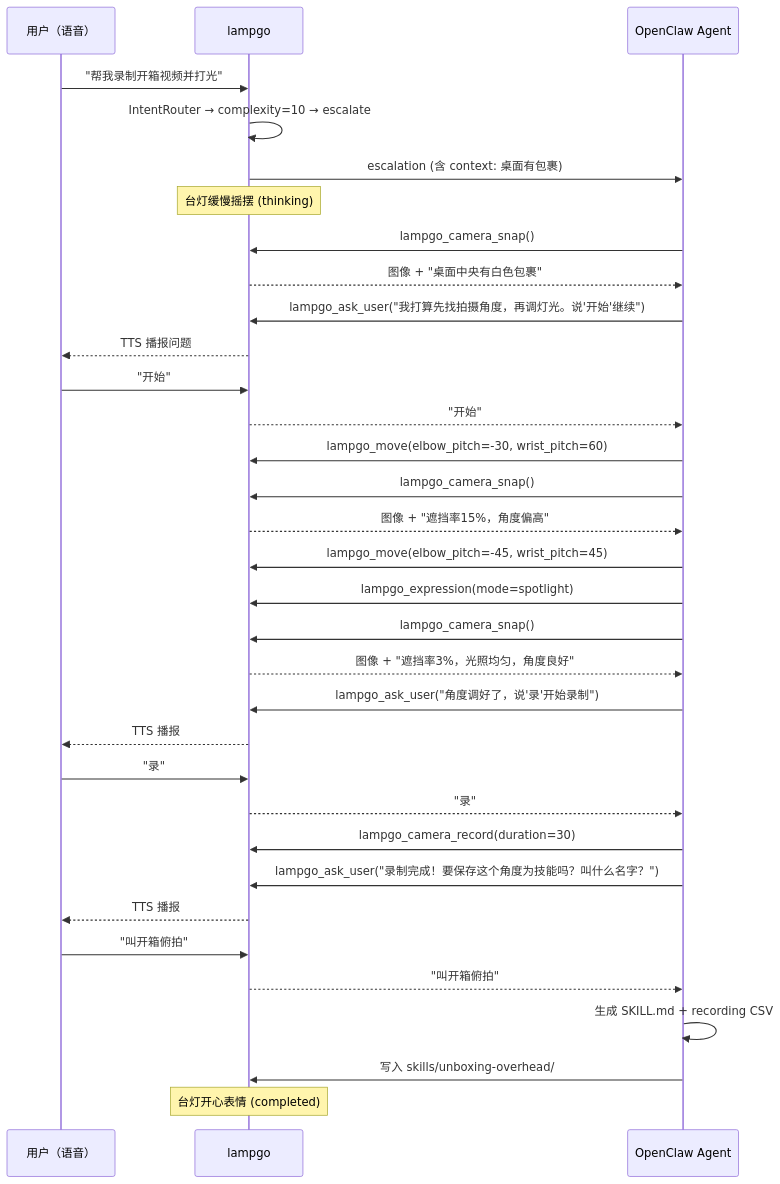
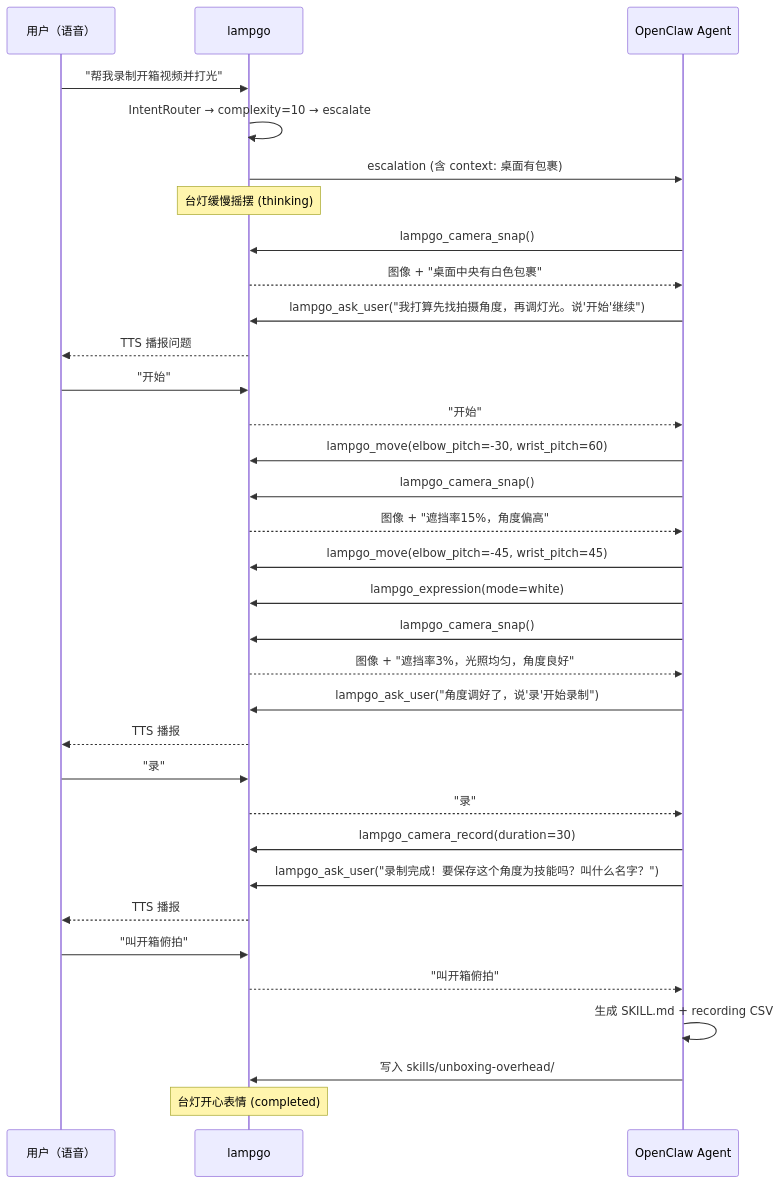
One commit to ninsmiracle/YareLampGo changed the third of 3 diagrams in docs/m2_plan_openclaw.md. Above: the diagram before and after it, drawn with Mermaid. The commit also changed other lines of this file and 10 other files, not shown here.

````diff
--- a/docs/m2_plan_openclaw.md
+++ b/docs/m2_plan_openclaw.md
@@ -365,44 +365,44 @@
 ```mermaid
 sequenceDiagram
     participant User as 用户（语音）
     participant LG as lampgo
     participant OC as OpenClaw Agent
 
     User->>LG: "帮我录制开箱视频并打光"
     LG->>LG: IntentRouter → complexity=10 → escalate
     LG->>OC: escalation (含 context: 桌面有包裹)
     Note over LG: 台灯缓慢摇摆 (thinking)
 
     OC->>LG: lampgo_camera_snap()
     LG-->>OC: 图像 + "桌面中央有白色包裹"
 
     OC->>LG: lampgo_ask_user("我打算先找拍摄角度，再调灯光。说'开始'继续")
     LG-->>User: TTS 播报问题
     User->>LG: "开始"
     LG-->>OC: "开始"
 
     OC->>LG: lampgo_move(elbow_pitch=-30, wrist_pitch=60)
     OC->>LG: lampgo_camera_snap()
     LG-->>OC: 图像 + "遮挡率15%，角度偏高"
 
     OC->>LG: lampgo_move(elbow_pitch=-45, wrist_pitch=45)
-    OC->>LG: lampgo_expression(mode=spotlight)
+    OC->>LG: lampgo_expression(mode=white)
     OC->>LG: lampgo_camera_snap()
     LG-->>OC: 图像 + "遮挡率3%，光照均匀，角度良好"
 
     OC->>LG: lampgo_ask_user("角度调好了，说'录'开始录制")
     LG-->>User: TTS 播报
     User->>LG: "录"
     LG-->>OC: "录"
 
     OC->>LG: lampgo_camera_record(duration=30)
 
     OC->>LG: lampgo_ask_user("录制完成！要保存这个角度为技能吗？叫什么名字？")
     LG-->>User: TTS 播报
     User->>LG: "叫开箱俯拍"
     LG-->>OC: "叫开箱俯拍"
 
     OC->>OC: 生成 SKILL.md + recording CSV
     OC->>LG: 写入 skills/unboxing-overhead/
     Note over LG: 台灯开心表情 (completed)
 ```
````
